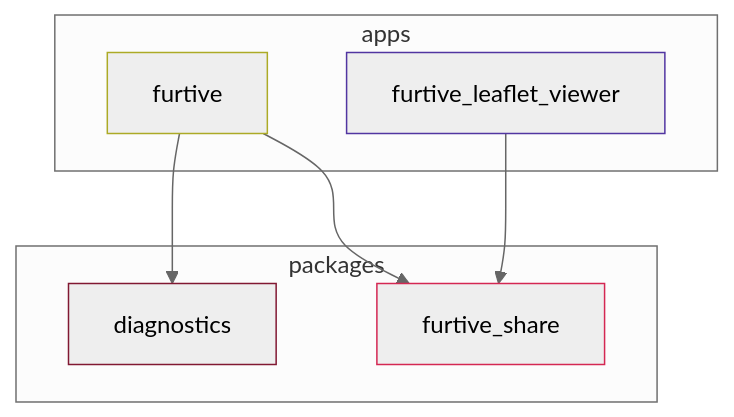
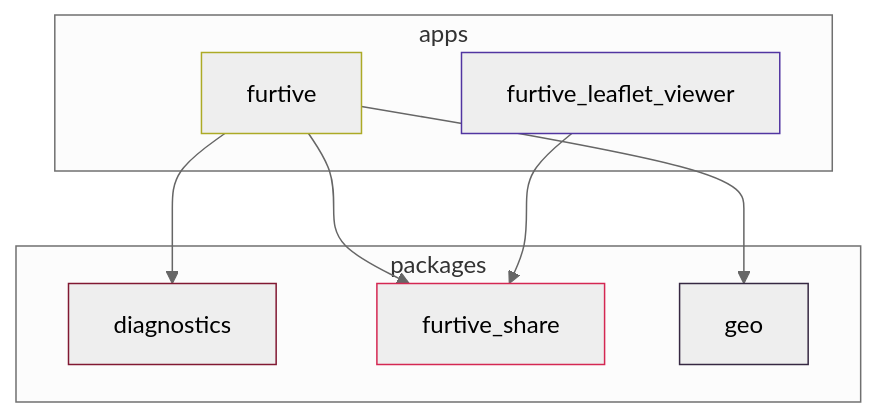
The diagram in docs/module-graph.md (ethicnology-agent/furtive), drawn with Mermaid (neutral theme) before and after one commit. The commit also changed 37 other files, not shown here.

````diff
--- a/docs/module-graph.md
+++ b/docs/module-graph.md
@@ -5,22 +5,26 @@
 ```mermaid
 graph TD
   diagnostics["diagnostics"]
   style diagnostics stroke:#811832
   furtive["furtive"]
   style furtive stroke:#acaa26
   furtive_leaflet_viewer["furtive_leaflet_viewer"]
   style furtive_leaflet_viewer stroke:#5135a1
   furtive_share["furtive_share"]
   style furtive_share stroke:#d42752
+  geo["geo"]
+  style geo stroke:#362842
   furtive --> diagnostics
   furtive --> furtive_share
+  furtive --> geo
   furtive_leaflet_viewer --> furtive_share
   subgraph packages0 ["packages"]
     diagnostics
     furtive_share
+    geo
   end
   subgraph apps1 ["apps"]
     furtive
     furtive_leaflet_viewer
   end
 ```
````
